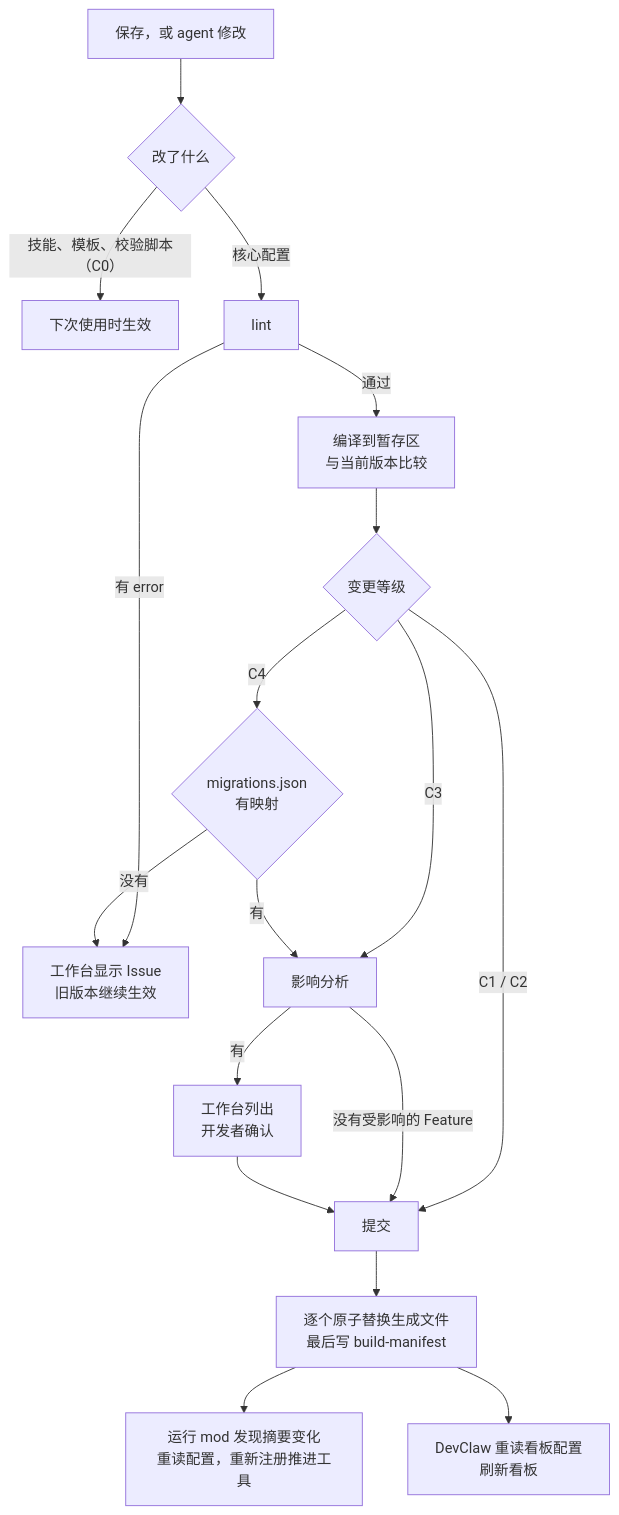
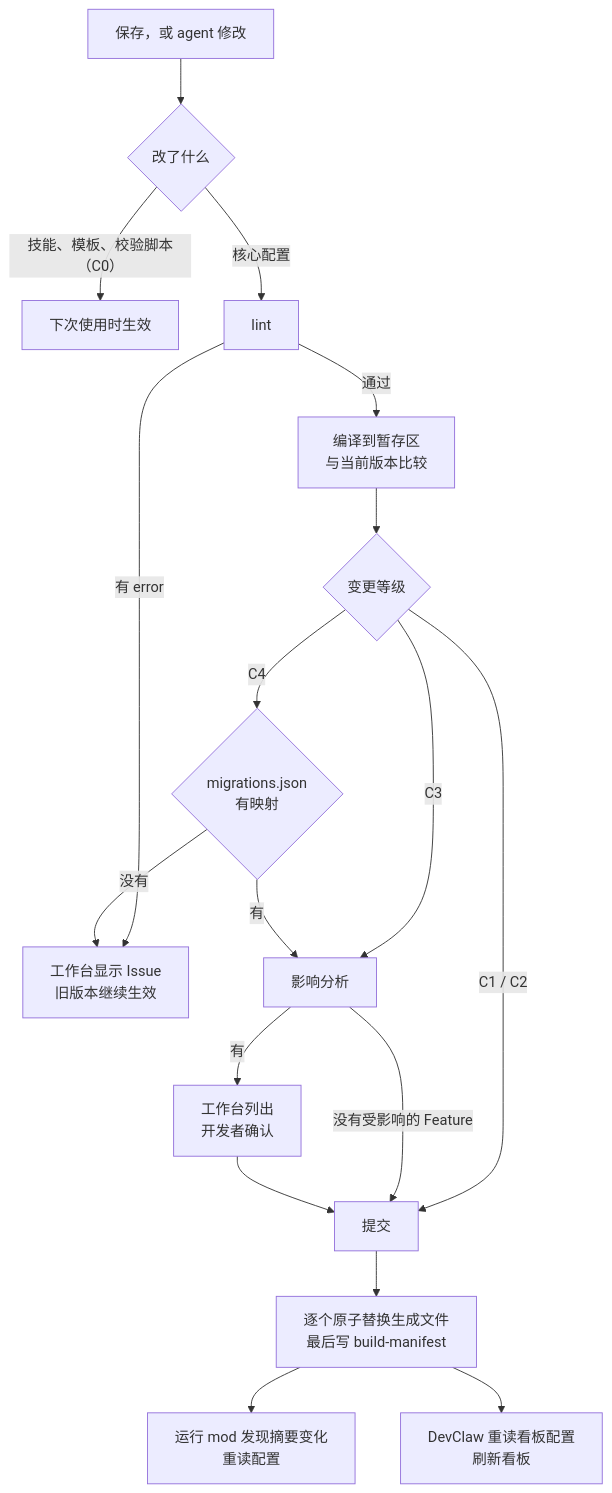
Before and after one commit to seikou00/autobizdevops_plugin_creator: the diagram in docs/mods.md, drawn with Mermaid. The commit also changed other lines of this file, not shown here.

````diff
--- a/docs/mods.md
+++ b/docs/mods.md
@@ -213,19 +289,19 @@
 ```mermaid
 flowchart TD
   A["保存，或 agent 修改"] --> B{"改了什么"}
   B -- "技能、模板、校验脚本（C0）" --> Z["下次使用时生效"]
   B -- "核心配置" --> L["lint"]
   L -- "有 error" --> P["工作台显示 Issue<br/>旧版本继续生效"]
   L -- "通过" --> C["编译到暂存区<br/>与当前版本比较"]
   C --> D{"变更等级"}
   D -- "C1 / C2" --> K["提交"]
   D -- "C3" --> I["影响分析"]
   I -- "没有受影响的 Feature" --> K
   I -- "有" --> Q["工作台列出<br/>开发者确认"] --> K
   D -- "C4" --> M{"migrations.json<br/>有映射"}
   M -- "没有" --> P
   M -- "有" --> I
   K --> R["逐个原子替换生成文件<br/>最后写 build-manifest"]
-  R --> S["运行 mod 发现摘要变化<br/>重读配置，重新注册推进工具"]
+  R --> S["运行 mod 发现摘要变化<br/>重读配置"]
   R --> T["DevClaw 重读看板配置<br/>刷新看板"]
 ```
````
